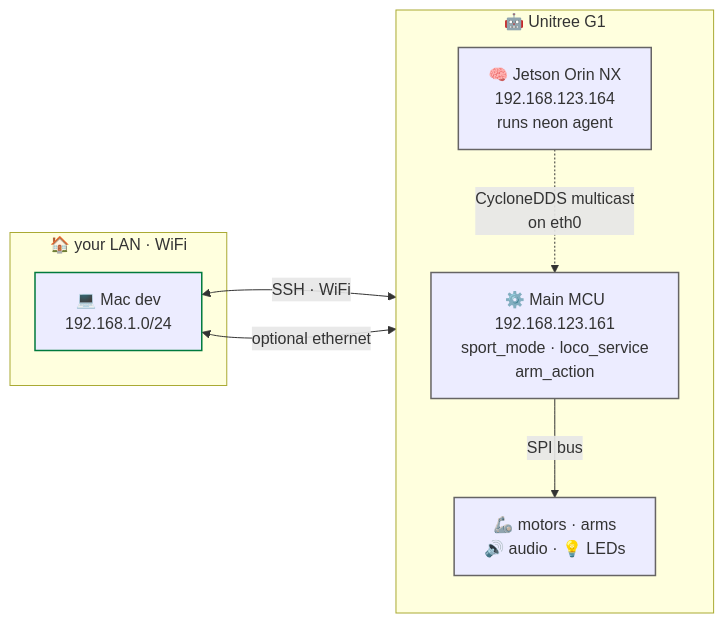
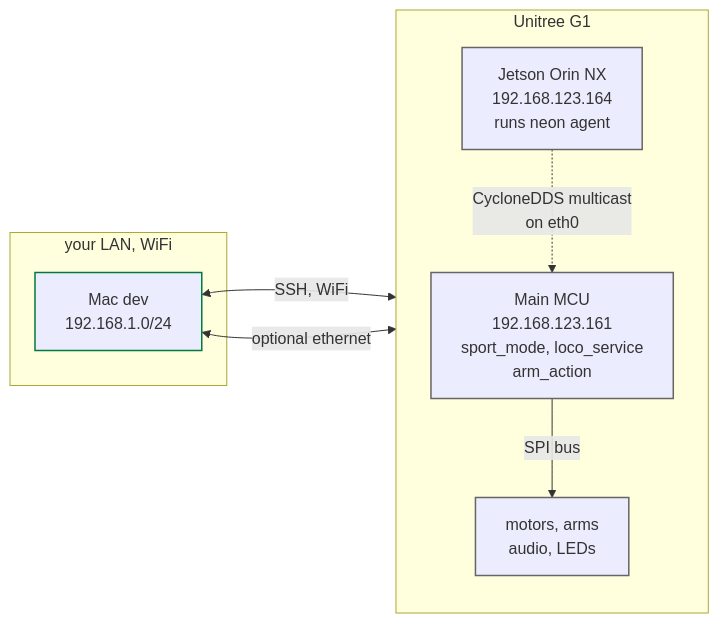
One commit to cagataycali/neon-the-g1 changed the diagram in docs/reference/network.md. Above: the diagram before and after it, drawn with Mermaid. The commit also changed other lines of this file and 22 other files, not shown here.

````diff
--- a/docs/reference/network.md
+++ b/docs/reference/network.md
@@ -9,24 +9,24 @@
 ```mermaid
 flowchart LR
-  subgraph LAN["🏠 your LAN · WiFi"]
-    M["💻 Mac dev<br/>192.168.1.0/24"]
+  subgraph LAN["your LAN, WiFi"]
+    M["Mac dev<br/>192.168.1.0/24"]
   end
 
-  subgraph G1["🤖 Unitree G1"]
+  subgraph G1["Unitree G1"]
     direction TB
-    J["🧠 Jetson Orin NX<br/>192.168.123.164<br/>runs neon agent"]
-    C["⚙️ Main MCU<br/>192.168.123.161<br/>sport_mode · loco_service<br/>arm_action"]
-    Motors["🦾 motors · arms<br/>🔊 audio · 💡 LEDs"]
+    J["Jetson Orin NX<br/>192.168.123.164<br/>runs neon agent"]
+    C["Main MCU<br/>192.168.123.161<br/>sport_mode, loco_service<br/>arm_action"]
+    Motors["motors, arms<br/>audio, LEDs"]
 
     J -.->|"CycloneDDS multicast<br/>on eth0"| C
     C -->|"SPI bus"| Motors
   end
 
-  M <-->|"SSH · WiFi"| J
+  M <-->|"SSH, WiFi"| J
   M <-->|"optional ethernet"| C
 
   classDef dev stroke:#007a3d,stroke-width:1.5px
   classDef robot stroke:#666464,stroke-width:1.5px
   class M dev
   class J,C,Motors robot
 ```
````
